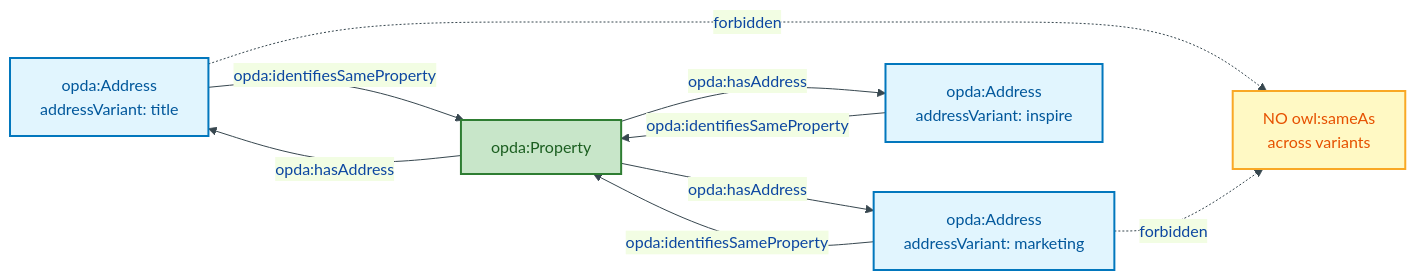
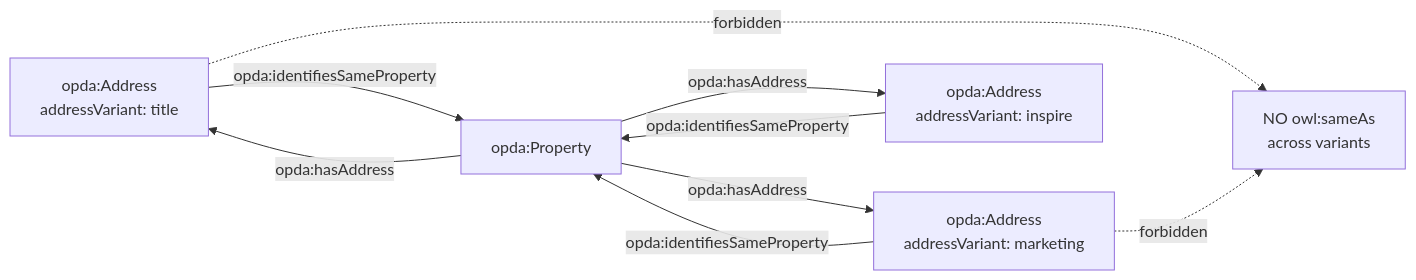
Before and after one commit to sparkling/opda: the second of 4 diagrams in docs/ontology/odr/ODR-0015-address-and-geography.md, drawn with Mermaid. The commit also changed other lines of this file and 25 other files, not shown here.

````diff
--- a/docs/ontology/odr/ODR-0015-address-and-geography.md
+++ b/docs/ontology/odr/ODR-0015-address-and-geography.md
@@ -65,22 +64,18 @@
 ```mermaid
-%%{init:{"theme":"base","themeVariables":{"primaryColor":"#E3F2FD","primaryTextColor":"#0D47A1","primaryBorderColor":"#1565C0","lineColor":"#37474F"}}}%%
 flowchart LR
     accTitle: Address variants co-referring to opda:Property
     accDescr: Three opda:Address instances with distinct addressVariant tags all link to the same opda:Property via opda:identifiesSameProperty; owl:sameAs between them is forbidden.
-    classDef addr fill:#E1F5FE,stroke:#0277BD,stroke-width:2px,color:#01579B
-    classDef prop fill:#C8E6C9,stroke:#2E7D32,stroke-width:2px,color:#1B5E20
-    classDef rule fill:#FFF9C4,stroke:#F9A825,stroke-width:2px,color:#E65100
-    T["opda:Address<br/>addressVariant: title"]:::addr
-    M["opda:Address<br/>addressVariant: marketing"]:::addr
-    I["opda:Address<br/>addressVariant: inspire"]:::addr
-    P["opda:Property"]:::prop
-    X["NO owl:sameAs<br/>across variants"]:::rule
+    T["opda:Address<br/>addressVariant: title"]:::process
+    M["opda:Address<br/>addressVariant: marketing"]:::process
+    I["opda:Address<br/>addressVariant: inspire"]:::process
+    P["opda:Property"]:::success
+    X["NO owl:sameAs<br/>across variants"]:::warning
     T -->|"opda:identifiesSameProperty"| P
     M -->|"opda:identifiesSameProperty"| P
     I -->|"opda:identifiesSameProperty"| P
     P -->|"opda:hasAddress"| T
     P -->|"opda:hasAddress"| M
     P -->|"opda:hasAddress"| I
     T -. "forbidden" .-> X
     M -. "forbidden" .-> X
 ```
````
